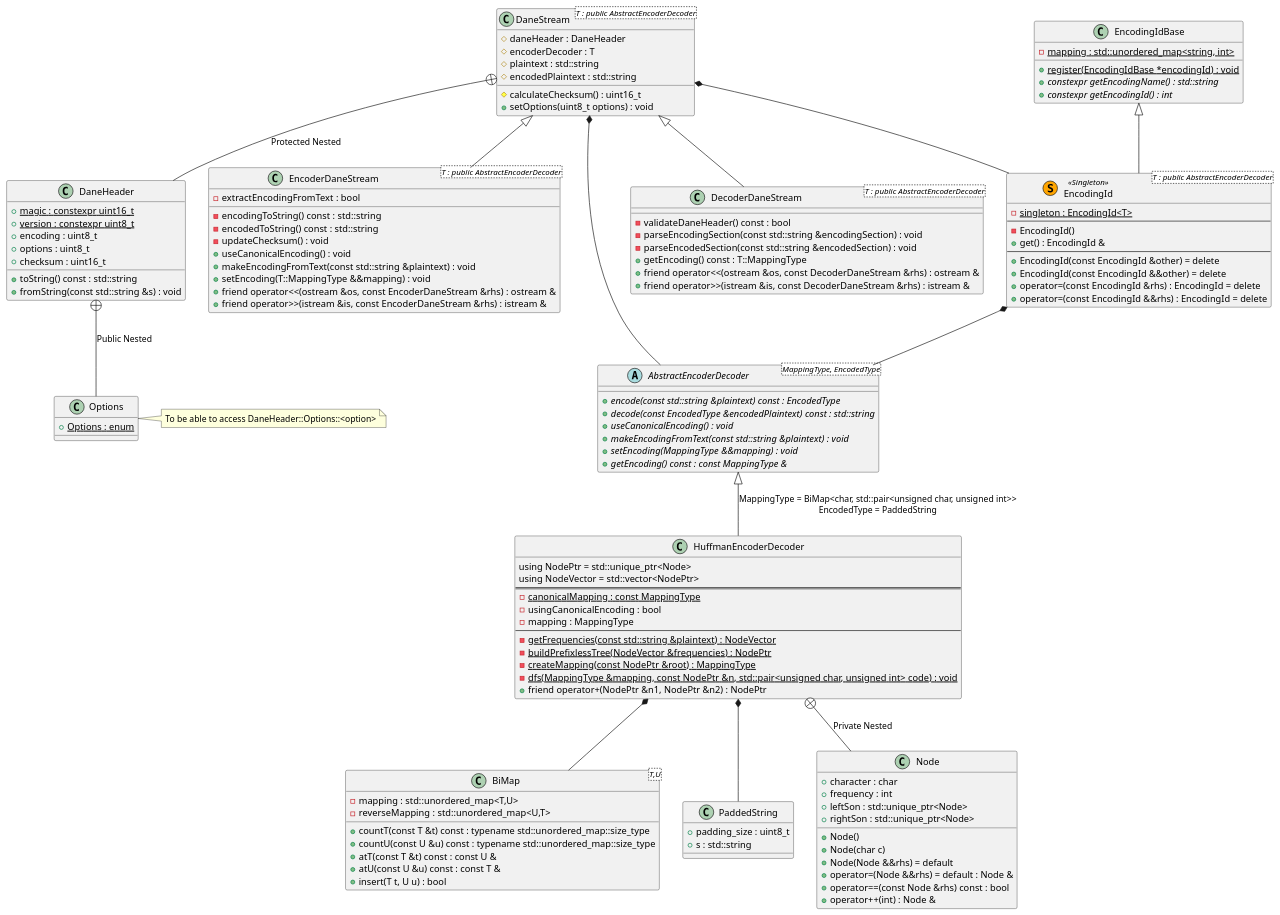
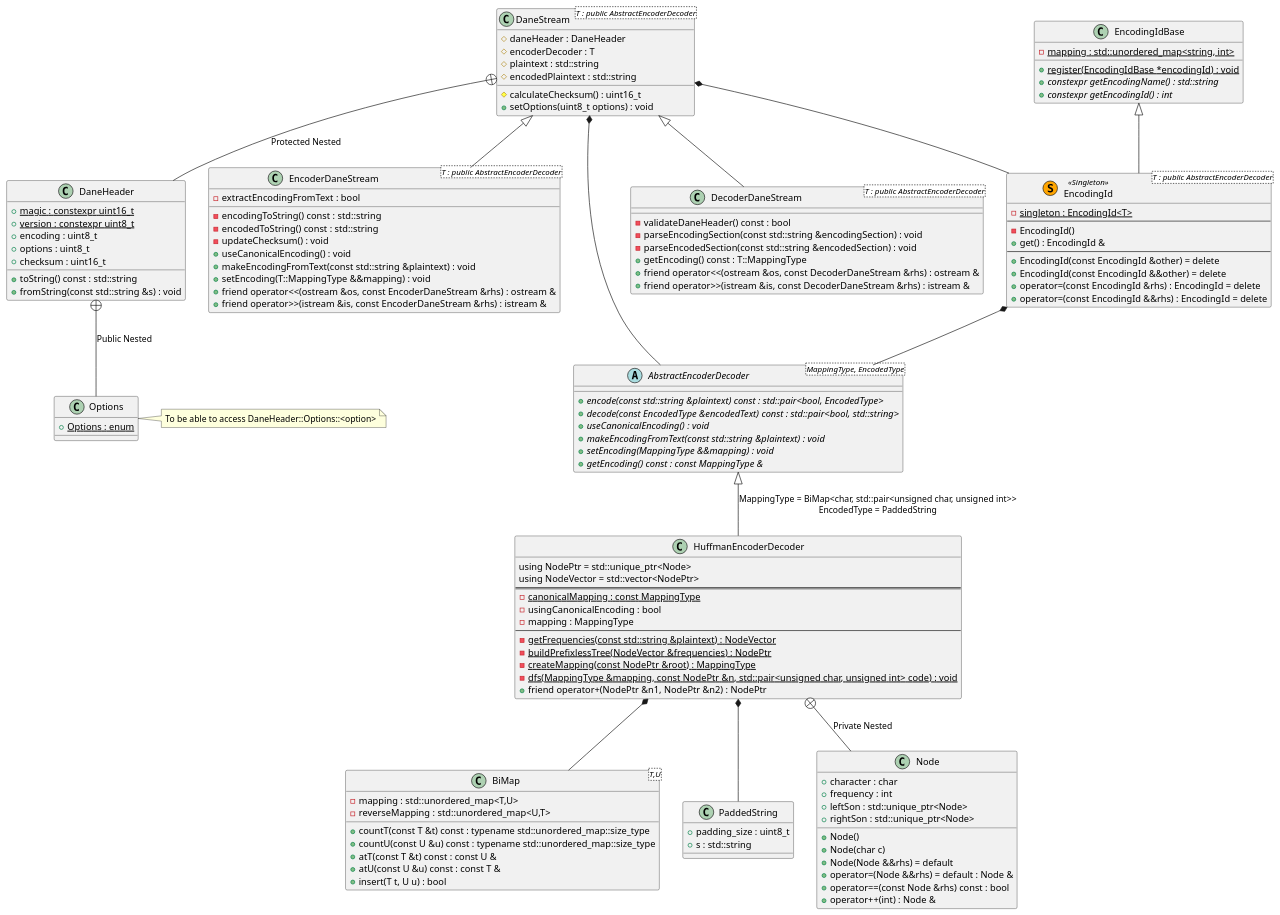
Before and after one commit to dan1994/cpp--dane: the diagram in docs/design.puml, drawn with PlantUML. The commit also changed 5 other files, not shown here.

Commit message:
Changed spec to have padding at the end of the encoded text, for ease of implementation. Added implementation to all member functions except decode (dummy implementation). Changed the interface of encode and decode to be able to report failure

```diff
--- a/docs/design.puml
+++ b/docs/design.puml
@@ -1,133 +1,134 @@
 @startuml dane
 class BiMap<T,U> {
 	- {field}	mapping : std::unordered_map<T,U>
 	- {field}	reverseMapping : std::unordered_map<U,T>
 	+ {method}	countT(const T &t) const : typename std::unordered_map::size_type
 	+ {method}	countU(const U &u) const : typename std::unordered_map::size_type
 	+ {method}	atT(const T &t) const : const U &
 	+ {method}	atU(const U &u) const : const T &
 	+ {method}	insert(T t, U u) : bool
 }
 
 class PaddedString {
 	+ {field}	padding_size : uint8_t
 	+ {field}	s : std::string
 }
 
 abstract class AbstractEncoderDecoder<MappingType, EncodedType> {
-	+ {method}	{abstract} encode(const std::string &plaintext) const : EncodedType
-	+ {method}	{abstract} decode(const EncodedType &encodedPlaintext) const : std::string
+	+ {method}	{abstract} encode(const std::string &plaintext) const : std::pair<bool, EncodedType>
+	+ {method}	{abstract} decode(const EncodedType &encodedText) const : \
+std::pair<bool, std::string>
 	+ {method}	{abstract} useCanonicalEncoding() : void
 	+ {method}	{abstract} makeEncodingFromText(const std::string &plaintext) : void
 	+ {method}	{abstract} setEncoding(MappingType &&mapping) : void
 	+ {method}	{abstract} getEncoding() const : const MappingType &
 }
 
 AbstractEncoderDecoder <|-- HuffmanEncoderDecoder : \
 MappingType = BiMap<char, std::pair<unsigned char, unsigned int>>\n\
 EncodedType = PaddedString
 HuffmanEncoderDecoder *-- BiMap
 HuffmanEncoderDecoder *-- PaddedString
 HuffmanEncoderDecoder +-- Node : "Private Nested"
 class HuffmanEncoderDecoder {
 	using NodePtr = std::unique_ptr<Node>
 	using NodeVector = std::vector<NodePtr>
 	==
 	- {field}	{static} canonicalMapping : const MappingType
 	- {field}	usingCanonicalEncoding : bool
 	- {field}	mapping : MappingType
 	--
 	- {method}	{static} getFrequencies(const std::string &plaintext) : NodeVector
 	- {method}	{static} buildPrefixlessTree(NodeVector &frequencies) : NodePtr
 	- {method}	{static} createMapping(const NodePtr &root) : MappingType
 	- {method}	{static} dfs(MappingType &mapping, const NodePtr &n, \
 std::pair<unsigned char, unsigned int> code) : void
 	+ {method}	friend operator+(NodePtr &n1, NodePtr &n2) : NodePtr
 }
 
 class Node {
 	+ {field}	character : char
 	+ {field}	frequency : int
 	+ {field}	leftSon : std::unique_ptr<Node>
 	+ {field}	rightSon : std::unique_ptr<Node>
 	+ {method}	Node()
 	+ {method}	Node(char c)
 	+ {method}	Node(Node &&rhs) = default
 	+ {method}	operator=(Node &&rhs) = default : Node &
 	+ {method}	operator==(const Node &rhs) const : bool
 	+ {method}	operator++(int) : Node &
 }
 
 DaneStream +-- DaneHeader : Protected Nested
 class DaneHeader {
 	+ {field}	{static} magic : constexpr uint16_t
 	+ {field}	{static} version : constexpr uint8_t
 	+ {field}	encoding : uint8_t
 	+ {field}	options : uint8_t
 	+ {field}	checksum : uint16_t
 	+ {method}	toString() const : std::string
 	+ {method}	fromString(const std::string &s) : void
 }
 
 DaneHeader +-- Options : Public Nested
 note right of Options : To be able to access DaneHeader::Options::<option>
 class Options {
 	+ {field}	{static} Options : enum
 }
 
 DaneStream *-- AbstractEncoderDecoder
 DaneStream *-- EncodingId
 class DaneStream<T : public AbstractEncoderDecoder> {
 	# {field}	daneHeader : DaneHeader
 	# {field}	encoderDecoder : T
 	# {field}	plaintext : std::string
 	# {field}	encodedPlaintext : std::string
 	# {method}	calculateChecksum() : uint16_t
 	+ {method}	setOptions(uint8_t options) : void
 }
 
 DaneStream <|-- EncoderDaneStream
 class EncoderDaneStream<T : public AbstractEncoderDecoder> {
 	- {field}	extractEncodingFromText : bool
 	- {method}	encodingToString() const : std::string
 	- {method}	encodedToString() const : std::string
 	- {method}	updateChecksum() : void
 	+ {method}	useCanonicalEncoding() : void
 	+ {method}	makeEncodingFromText(const std::string &plaintext) : void
 	+ {method}	setEncoding(T::MappingType &&mapping) : void
 	+ {method}	friend operator<<(ostream &os, const EncoderDaneStream &rhs) : ostream &
 	+ {method}	friend operator>>(istream &is, const EncoderDaneStream &rhs) : istream &
 }
 
 DaneStream <|-- DecoderDaneStream
 class DecoderDaneStream<T : public AbstractEncoderDecoder> {
 	- {method}	validateDaneHeader() const : bool
 	- {method}	parseEncodingSection(const std::string &encodingSection) : void
 	- {method}	parseEncodedSection(const std::string &encodedSection) : void
 	+ {method}	getEncoding() const : T::MappingType
 	+ {method}	friend operator<<(ostream &os, const DecoderDaneStream &rhs) : ostream &
 	+ {method}	friend operator>>(istream &is, const DecoderDaneStream &rhs) : istream &
 }
 
 class EncodingIdBase {
 	- {field}	{static} mapping : std::unordered_map<string, int>
 	+ {method}	{static} register(EncodingIdBase *encodingId) : void
 	+ {method}	{abstract} constexpr getEncodingName() : std::string
 	+ {method}	{abstract} constexpr getEncodingId() : int
 }
 
 EncodingIdBase <|-- EncodingId
 EncodingId *-- AbstractEncoderDecoder
 class EncodingId<T : public AbstractEncoderDecoder> << (S,Orange) Singleton >> {
 	- {field}	{static} singleton : EncodingId<T>
 	--
 	- {method}	EncodingId()
 	+ {method}	get() : EncodingId &
 	--
 	+ {method}	EncodingId(const EncodingId &other) = delete
 	+ {method}	EncodingId(const EncodingId &&other) = delete
 	+ {method}	operator=(const EncodingId &rhs) : EncodingId = delete
 	+ {method}	operator=(const EncodingId &&rhs) : EncodingId = delete
 }
 
 @enduml
```
